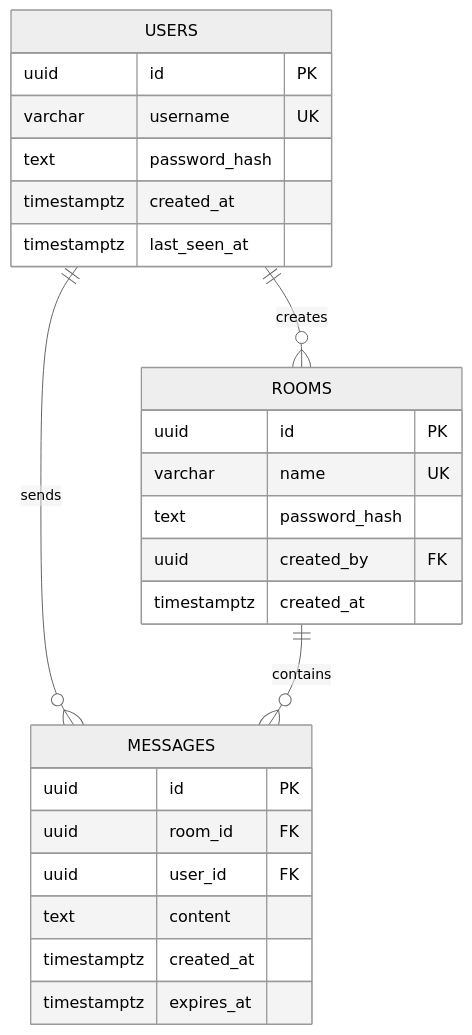
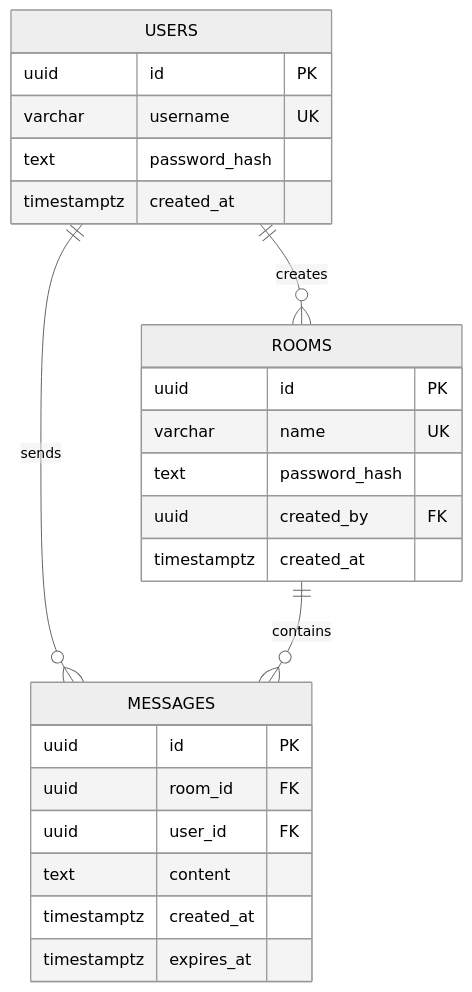
Before and after one commit to xdjanisxd/termchat: the diagram in docs/02-veri-modeli.md, drawn with Mermaid (neutral theme). The commit also changed other lines of this file and 3 other files, not shown here.

````diff
--- a/docs/02-veri-modeli.md
+++ b/docs/02-veri-modeli.md
@@ -5,29 +5,28 @@
 ```mermaid
 erDiagram
   USERS ||--o{ ROOMS : creates
   USERS ||--o{ MESSAGES : sends
   ROOMS ||--o{ MESSAGES : contains
 
   USERS {
     uuid id PK
     varchar username UK
     text password_hash
     timestamptz created_at
-    timestamptz last_seen_at
   }
   ROOMS {
     uuid id PK
     varchar name UK
     text password_hash
     uuid created_by FK
     timestamptz created_at
   }
   MESSAGES {
     uuid id PK
     uuid room_id FK
     uuid user_id FK
     text content
     timestamptz created_at
     timestamptz expires_at
   }
 ```
````
